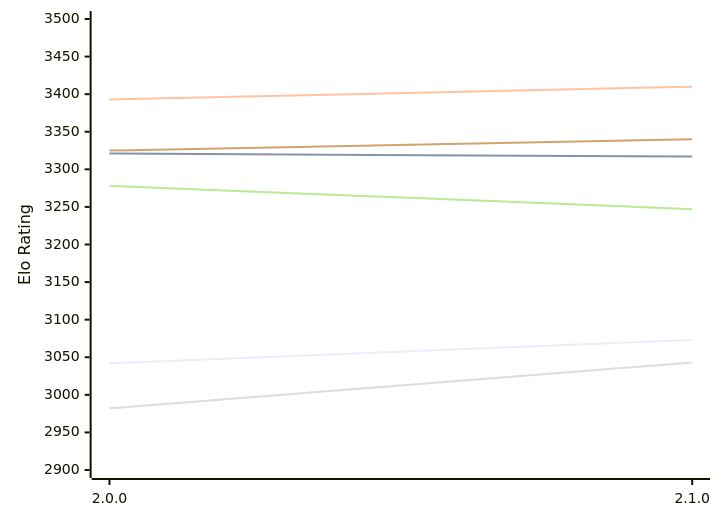
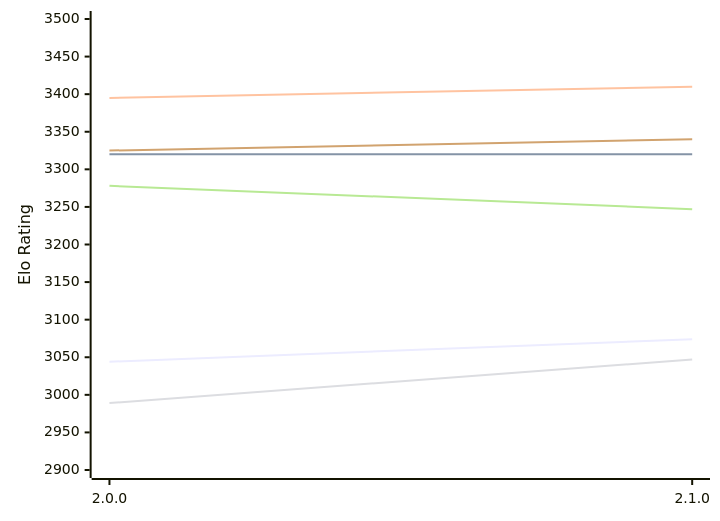
Before and after one commit to computer-chess-index/cci: the diagram in engines/Sapling.md, drawn with Mermaid. The commit also changed other lines of this file, not shown here.

Commit message:
Update CCI Ratings (ELO VLTC) - 2026-11-17

````diff
--- a/engines/Sapling.md
+++ b/engines/Sapling.md
@@ -49,12 +49,12 @@
 ```mermaid
 %%{init: {"theme":"base","themeVariables":{"seriesColors:['#a3a3a3','#222221','#faa371']}}}%%
 xychart-beta
   x-axis ["2.0.0", "2.1.0"]
   y-axis "Elo Rating" 2900 --> 3500
-  line "E1: STC (8.0+0.08s)" [3042, 3073]
-  line "E1: LTC (60.0+0.60s)" [3321, 3317]
-  line "E1: VLTC (2m24s+1.12s)" [3393, 3410]
-  line "P1: STC (8.0+0.08s)" [2982, 3043]
+  line "E1: STC (8.0+0.08s)" [3044, 3074]
+  line "E1: LTC (60.0+0.60s)" [3320, 3320]
+  line "E1: VLTC (2m24s+1.12s)" [3395, 3410]
+  line "P1: STC (8.0+0.08s)" [2989, 3047]
   line "P1: LTC (60.0+0.60s)" [3278, 3247]
   line "P1: VLTC (2m24s+1.12s)" [3325, 3340]
 ```
````
